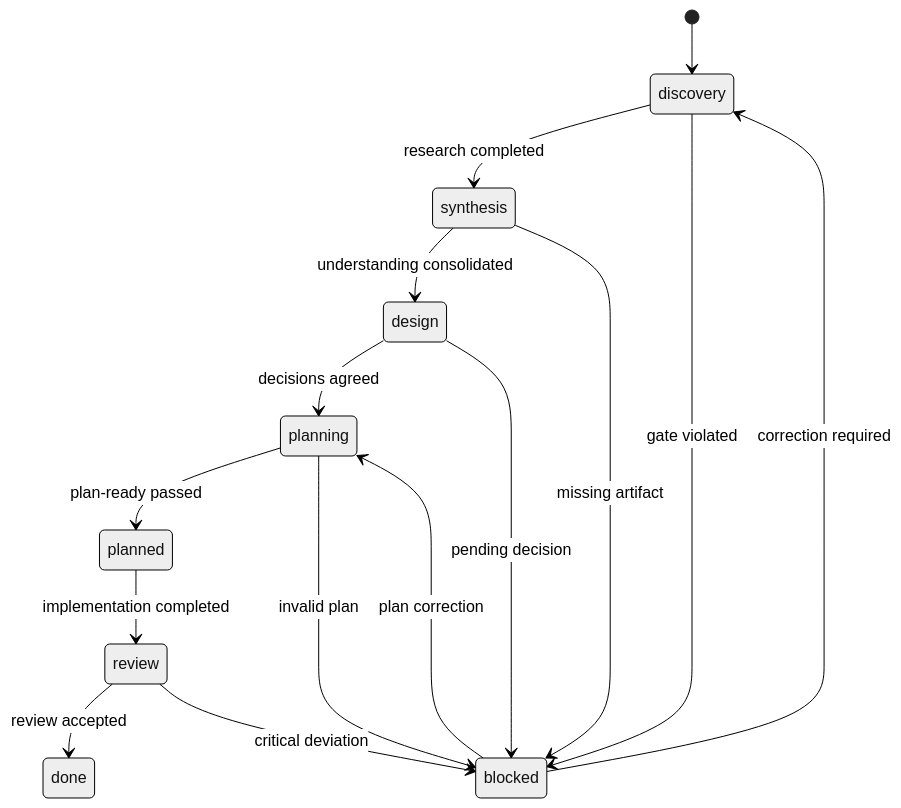
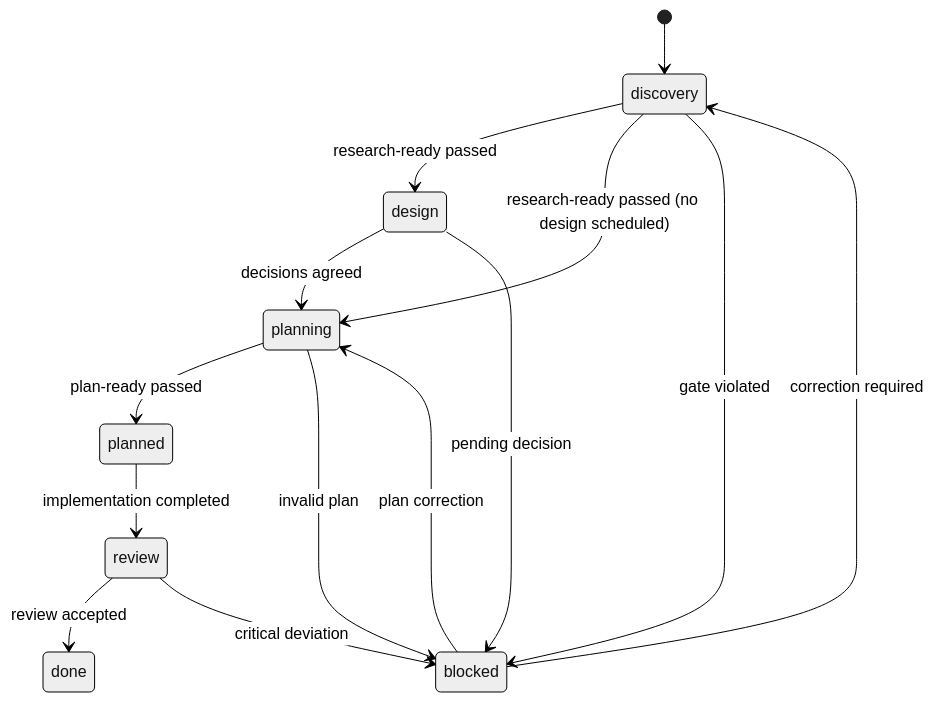
The fifth of 17 diagrams in atelier-kit-manifesto.md (atelier-kit/atelier-kit), drawn with Mermaid (neutral theme) before and after one commit. The commit also changed other lines of this file and 39 other files, not shown here.

````diff
--- a/atelier-kit-manifesto.md
+++ b/atelier-kit-manifesto.md
@@ -159,18 +156,17 @@
 ```mermaid
 stateDiagram-v2
     [*] --> discovery
-    discovery --> synthesis: research completed
-    synthesis --> design: understanding consolidated
+    discovery --> design: research-ready passed
+    discovery --> planning: research-ready passed (no design scheduled)
     design --> planning: decisions agreed
     planning --> planned: plan-ready passed
     planned --> review: implementation completed
     review --> done: review accepted
 
     discovery --> blocked: gate violated
-    synthesis --> blocked: missing artifact
     design --> blocked: pending decision
     planning --> blocked: invalid plan
     review --> blocked: critical deviation
     blocked --> discovery: correction required
     blocked --> planning: plan correction
 ```
````
